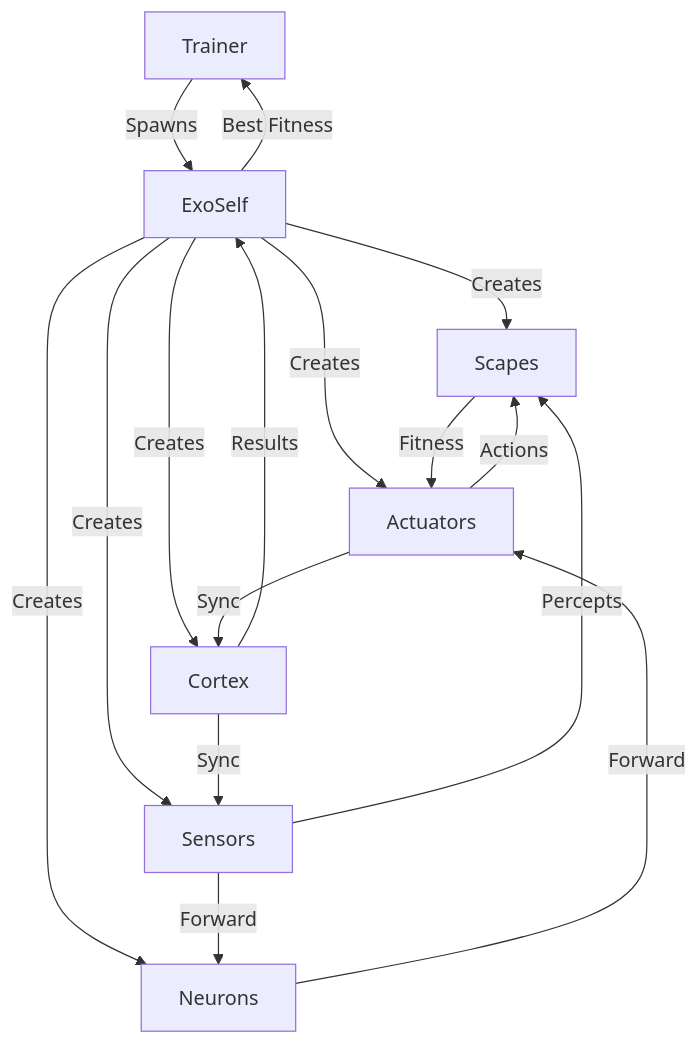
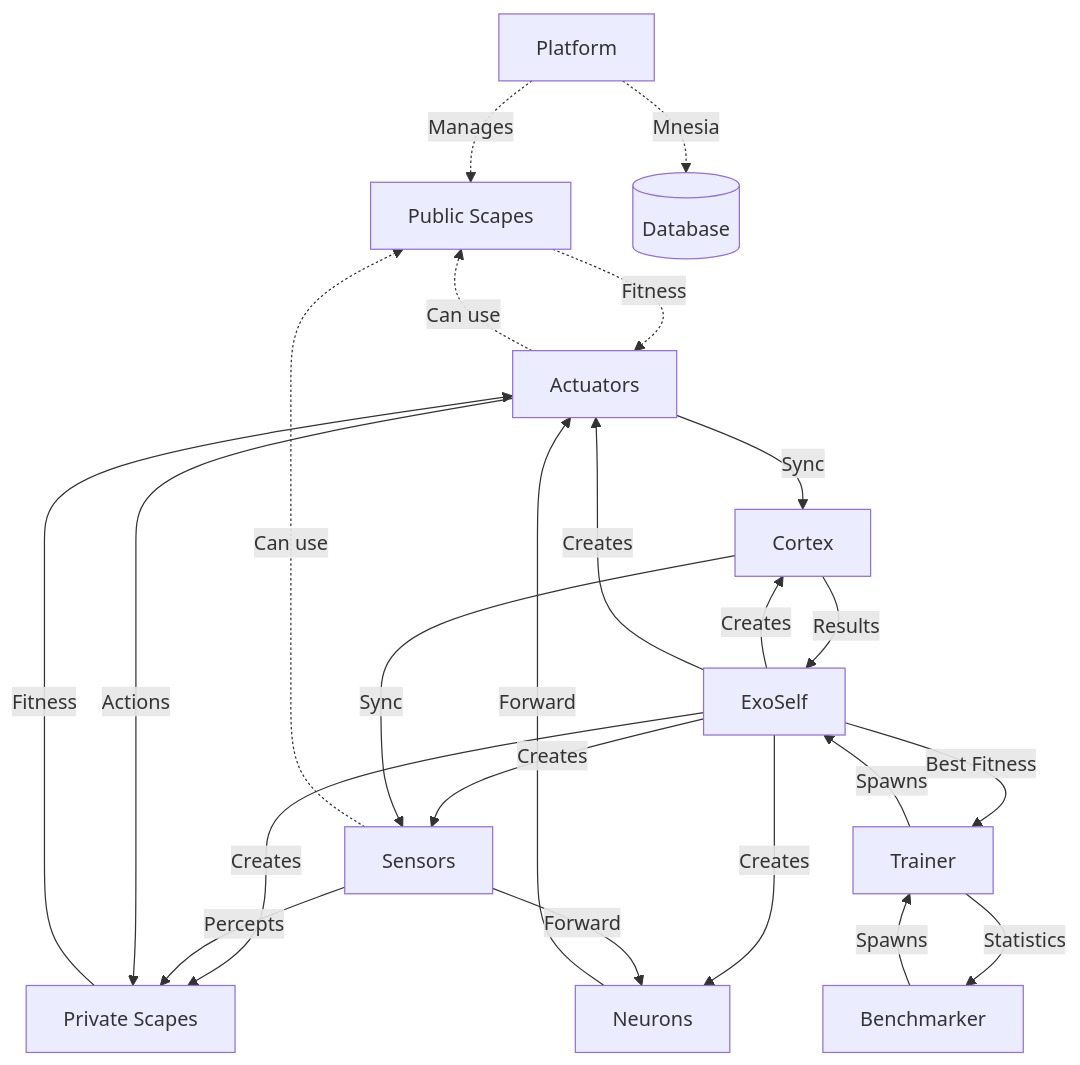
The first of 2 diagrams in README.md (Maartz/NN), drawn with Mermaid before and after one commit.

````diff
--- a/README.md
+++ b/README.md
@@ -28,18 +28,25 @@
 ```mermaid
 graph TD
-    T[Trainer] -->|Spawns| E[ExoSelf]
-    E -->|Creates| SC[Scapes]
+    P[Platform] -.->|Manages| PSC[Public Scapes]
+    P -.->|Mnesia| DB[(Database)]
+    B[Benchmarker] -->|Spawns| T[Trainer]
+    T -->|Spawns| E[ExoSelf]
+    E -->|Creates| SC[Private Scapes]
     E -->|Creates| C[Cortex]
     E -->|Creates| S[Sensors]
     E -->|Creates| N[Neurons]
     E -->|Creates| A[Actuators]
     C -->|Sync| S
     S -->|Percepts| SC
+    S -.->|Can use| PSC
     S -->|Forward| N
     N -->|Forward| A
     A -->|Actions| SC
+    A -.->|Can use| PSC
     SC -->|Fitness| A
+    PSC -.->|Fitness| A
     A -->|Sync| C
     C -->|Results| E
     E -->|Best Fitness| T
+    T -->|Statistics| B
 ```
````
